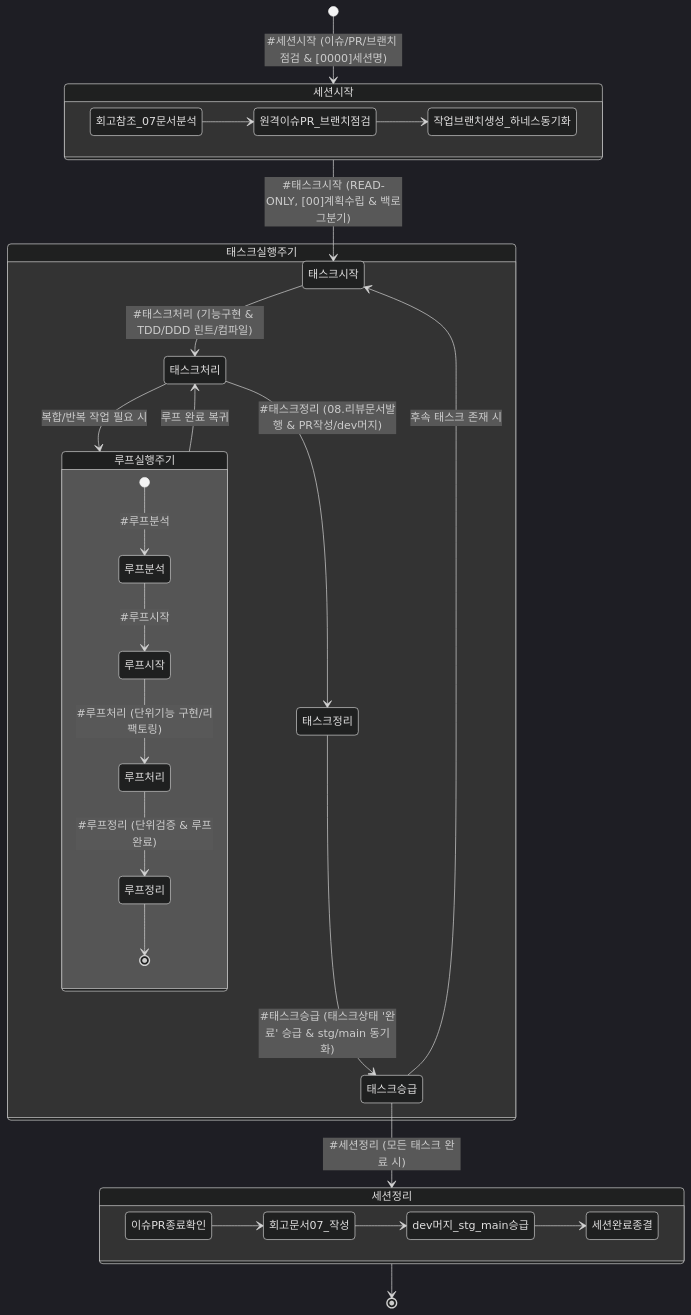
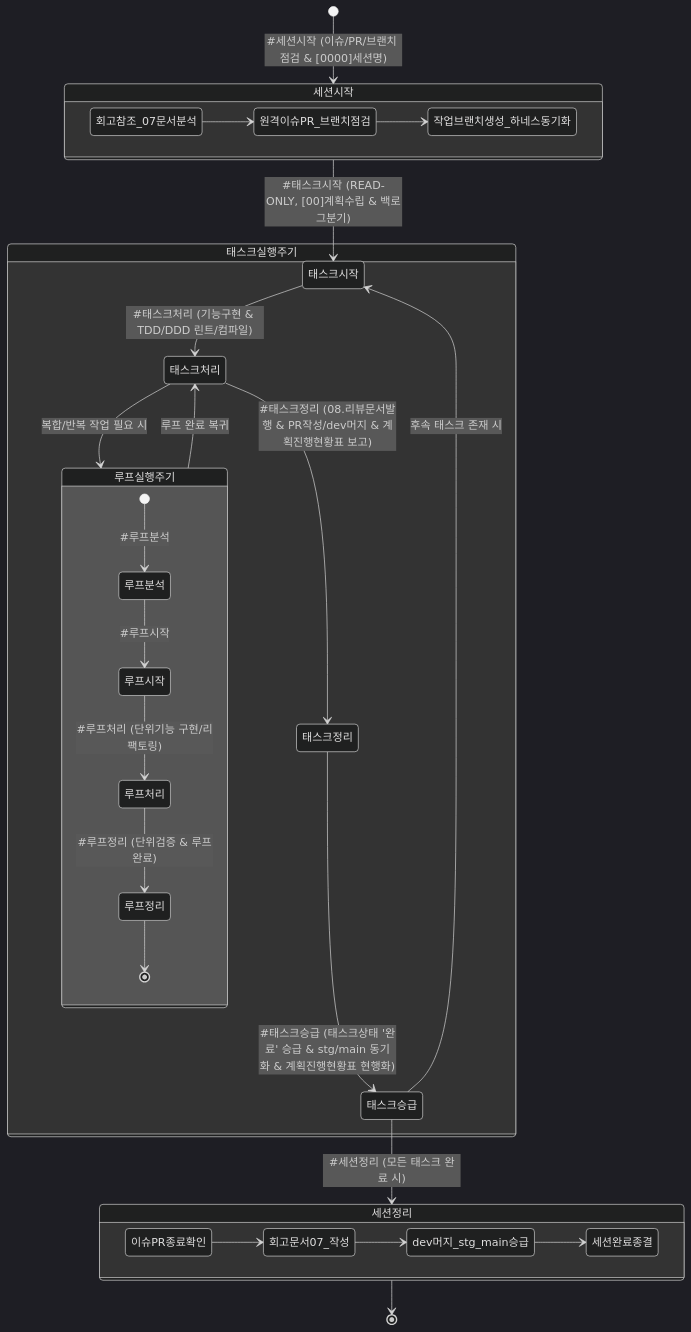
Before and after one commit to jkoogit/moabogo: the diagram in AGENTS.md, drawn with Mermaid (dark theme). The commit also changed other lines of this file and 13 other files, not shown here.

````diff
--- a/AGENTS.md
+++ b/AGENTS.md
@@ -12,41 +12,41 @@
 ```mermaid
 stateDiagram-v2
     [*] --> 세션시작: #세션시작 (이슈/PR/브랜치 점검 & [0000]세션명)
     
     state 세션시작 {
         direction LR
         회고참조_07문서분석 --> 원격이슈PR_브랜치점검
         원격이슈PR_브랜치점검 --> 작업브랜치생성_하네스동기화
     }
 
     세션시작 --> 태스크시작: #태스크시작 (READ-ONLY, [00]계획수립 & 백로그분기)
 
     state 태스크실행주기 {
         태스크시작 --> 태스크처리: #태스크처리 (기능구현 & TDD/DDD 린트/컴파일)
         
         state 루프실행주기 {
             [*] --> 루프분석: #루프분석
             루프분석 --> 루프시작: #루프시작
             루프시작 --> 루프처리: #루프처리 (단위기능 구현/리팩토링)
             루프처리 --> 루프정리: #루프정리 (단위검증 & 루프완료)
             루프정리 --> [*]
         }
         
         태스크처리 --> 루프실행주기: 복합/반복 작업 필요 시
         루프실행주기 --> 태스크처리: 루프 완료 복귀
-        태스크처리 --> 태스크정리: #태스크정리 (08.리뷰문서발행 & PR작성/dev머지)
-        태스크정리 --> 태스크승급: #태스크승급 (태스크상태 '완료' 승급 & stg/main 동기화)
+        태스크처리 --> 태스크정리: #태스크정리 (08.리뷰문서발행 & PR작성/dev머지 & 계획진행현황표 보고)
+        태스크정리 --> 태스크승급: #태스크승급 (태스크상태 '완료' 승급 & stg/main 동기화 & 계획진행현황표 현행화)
     }
 
     태스크승급 --> 태스크시작: 후속 태스크 존재 시
     태스크승급 --> 세션정리: #세션정리 (모든 태스크 완료 시)
 
     state 세션정리 {
         direction LR
         이슈PR종료확인 --> 회고문서07_작성
         회고문서07_작성 --> dev머지_stg_main승급
         dev머지_stg_main승급 --> 세션완료종결
     }
 
     세션정리 --> [*]
 ```
````
